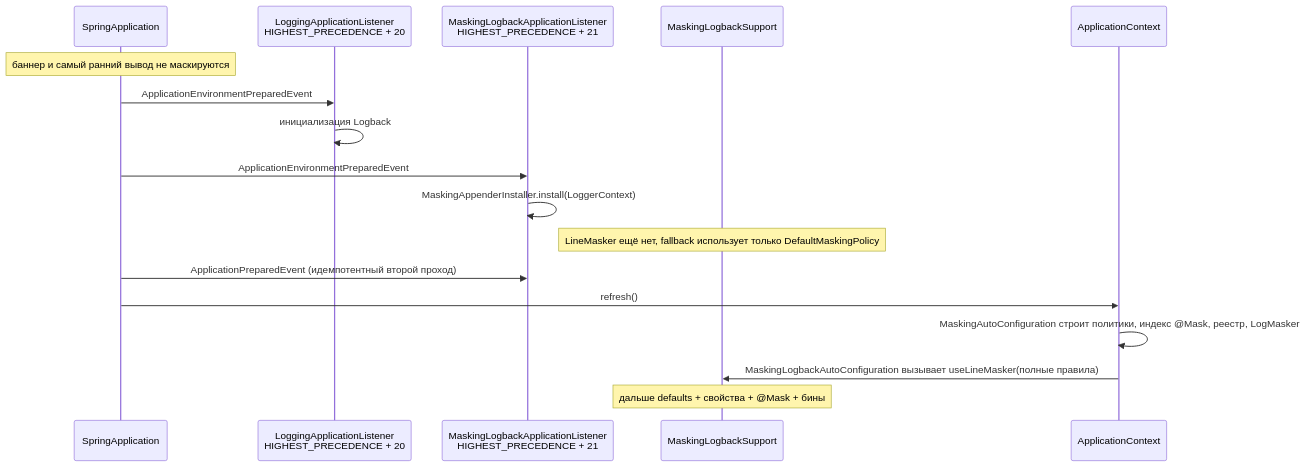
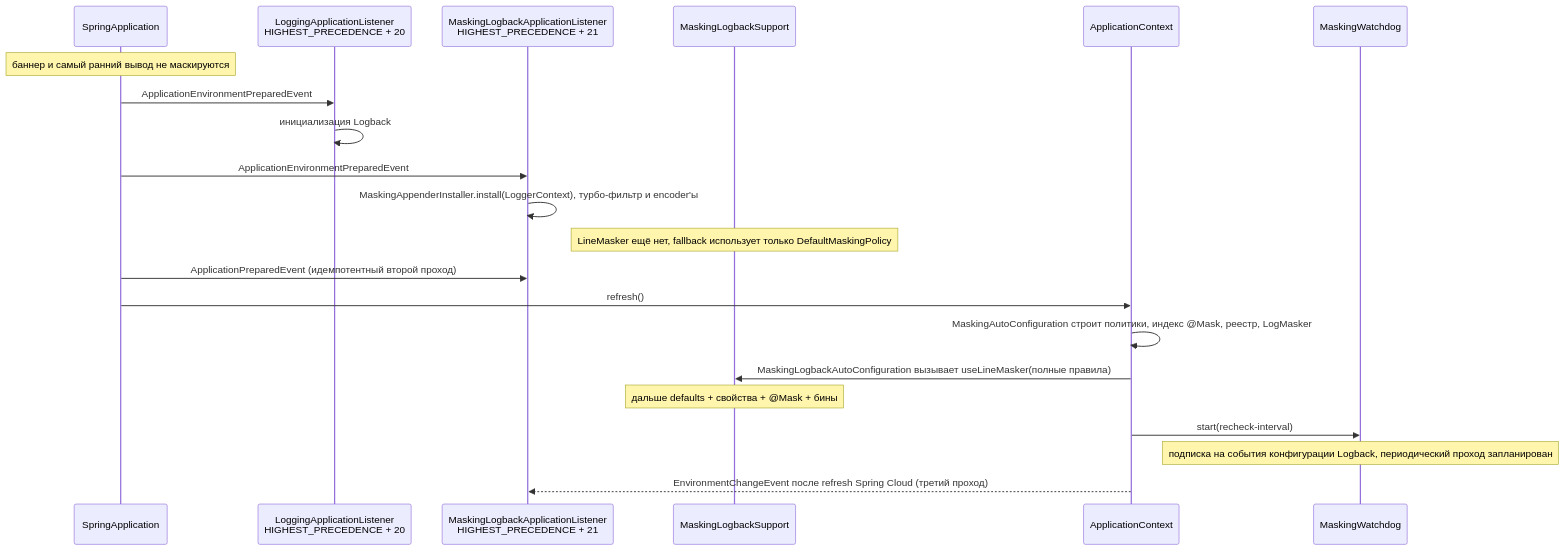
Before and after one commit to laipan009/log-masking-spring-boot-starter: the second of 6 diagrams in docs/architecture.ru.md, drawn with Mermaid. The commit also changed other lines of this file and 35 other files, not shown here.

````diff
--- a/docs/architecture.ru.md
+++ b/docs/architecture.ru.md
@@ -112,20 +125,24 @@
 ```mermaid
 sequenceDiagram
   participant Boot as SpringApplication
   participant LAL as LoggingApplicationListener<br/>HIGHEST_PRECEDENCE + 20
   participant MLL as MaskingLogbackApplicationListener<br/>HIGHEST_PRECEDENCE + 21
   participant Sup as MaskingLogbackSupport
   participant Ctx as ApplicationContext
+  participant WD as MaskingWatchdog
 
   Note over Boot: баннер и самый ранний вывод не маскируются
   Boot->>LAL: ApplicationEnvironmentPreparedEvent
   LAL->>LAL: инициализация Logback
   Boot->>MLL: ApplicationEnvironmentPreparedEvent
-  MLL->>MLL: MaskingAppenderInstaller.install(LoggerContext)
+  MLL->>MLL: MaskingAppenderInstaller.install(LoggerContext), турбо-фильтр и encoder'ы
   Note over Sup: LineMasker ещё нет, fallback использует только DefaultMaskingPolicy
   Boot->>MLL: ApplicationPreparedEvent (идемпотентный второй проход)
   Boot->>Ctx: refresh()
   Ctx->>Ctx: MaskingAutoConfiguration строит политики, индекс @Mask, реестр, LogMasker
   Ctx->>Sup: MaskingLogbackAutoConfiguration вызывает useLineMasker(полные правила)
   Note over Sup: дальше defaults + свойства + @Mask + бины
+  Ctx->>WD: start(recheck-interval)
+  Note over WD: подписка на события конфигурации Logback, периодический проход запланирован
+  Ctx-->>MLL: EnvironmentChangeEvent после refresh Spring Cloud (третий проход)
 ```
````
